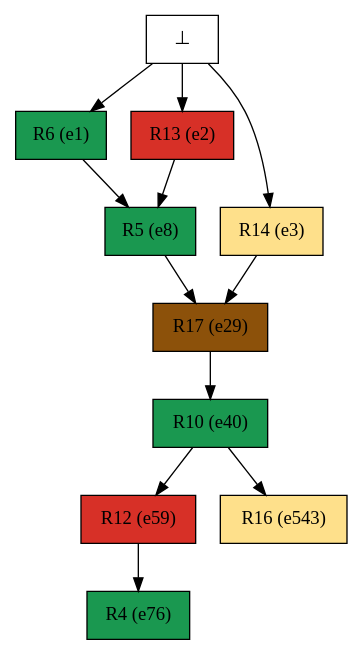
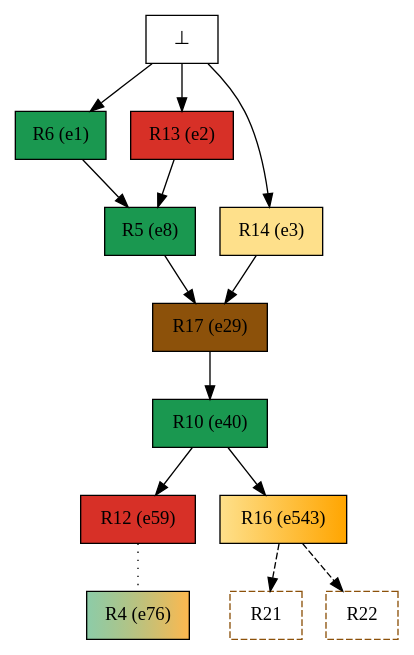
Before and after one commit to giannkas/ecofolder: the diagram in examples/oursin_tasmanie/mrk_instances/alg2urc/mindoo_confs/18_mindoo_conf_colored.dot, drawn with Graphviz. The commit also changed 58 other files, not shown here.

```diff
--- a/examples/oursin_tasmanie/mrk_instances/alg2urc/mindoo_confs/18_mindoo_conf_colored.dot
+++ b/examples/oursin_tasmanie/mrk_instances/alg2urc/mindoo_confs/18_mindoo_conf_colored.dot
@@ -1,23 +1,27 @@
 digraph test {
   e1 -> e8;
   e2 -> e8;
   e3 -> e29;
   e8 -> e29;
   e29 -> e40;
   e40 -> e59;
-  e59 -> e76;
+  e59 -> e76 [arrowhead=none style=dotted];
   e40 -> e543;
+  e543 -> r21 [color="black" style=dashed];
+  e543 -> r22 [color="black" style=dashed];
   e0 -> e1;
   e0 -> e2;
   e0 -> e3;
   e1 [color="black" fillcolor="#1a9850:#1a9850" label="R6 (e1)" shape=box style=filled];
   e2 [color="black" fillcolor="#d73027:#d73027" label="R13 (e2)" shape=box style=filled];
   e3 [color="black" fillcolor="#fee08b:#fee08b" label="R14 (e3)" shape=box style=filled];
   e8 [color="black" fillcolor="#1a9850:#1a9850" label="R5 (e8)" shape=box style=filled];
   e29 [color="black" fillcolor="#8c510a:#8c510a" label="R17 (e29)" shape=box style=filled];
   e40 [color="black" fillcolor="#1a9850:#1a9850" label="R10 (e40)" shape=box style=filled];
   e59 [color="black" fillcolor="#d73027:#d73027" label="R12 (e59)" shape=box style=filled];
-  e76 [color="black" fillcolor="#1a9850:#1a9850" label="R4 (e76)" shape=box style=filled];
-  e543 [color="black" fillcolor="#fee08b:#fee08b" label="R16 (e543)" shape=box style=filled];
+  e76 [color="black" fillcolor="#1a98507f:#ff9900b1" label="R4 (e76)" shape=box style=filled];
+  e543 [color="black" fillcolor="#fee08b:orange" label="R16 (e543)" shape=box style=filled];
   e0 [fillcolor="white" label="⊥" shape=box style=filled];
+  r21 [fillcolor="transparent" color="#8c510a" label=R21 shape=box style=dashed];
+  r22 [fillcolor="transparent" color="#8c510a" label=R22 shape=box style=dashed];
 }
```
